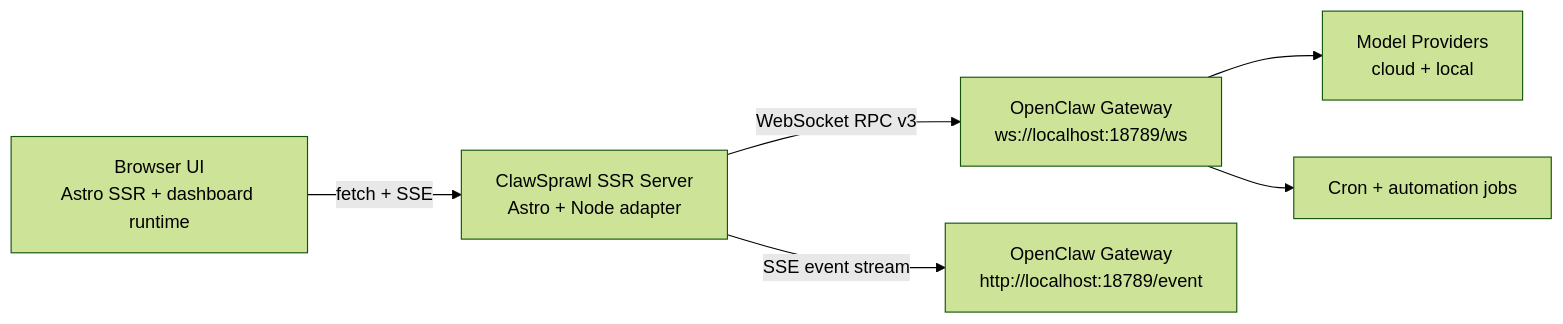
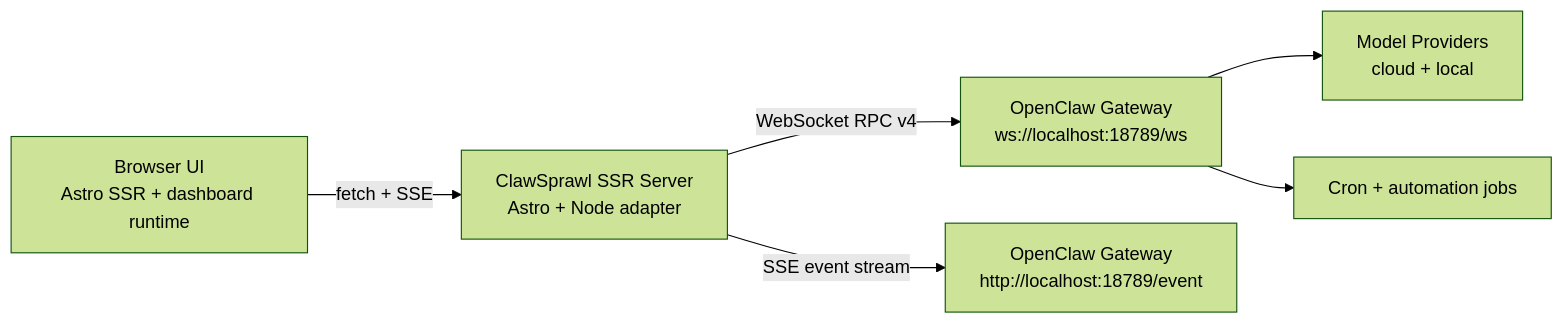
Before and after one commit to johndotpub/clawsprawl: the first of 2 diagrams in docs/architecture-overview.md, drawn with Mermaid (forest theme). The commit also changed 4 other files, not shown here.

First line of the commit message:
docs: update for astro 7 + OpenClaw v2026.6/7 capability audit

````diff
--- a/docs/architecture-overview.md
+++ b/docs/architecture-overview.md
@@ -9,8 +9,9 @@
 ```mermaid
 flowchart LR
   Browser[Browser UI\nAstro SSR + dashboard runtime] -->|fetch + SSE| Server[ClawSprawl SSR Server\nAstro + Node adapter]
-  Server -->|WebSocket RPC v3| Gateway[OpenClaw Gateway\nws://localhost:18789/ws]
+  Server -->|WebSocket RPC v4| Gateway[OpenClaw Gateway
+ws://localhost:18789/ws]
   Server -->|SSE event stream| Gateway2[OpenClaw Gateway\nhttp://localhost:18789/event]
   Gateway --> Models[Model Providers\ncloud + local]
   Gateway --> Cron[Cron + automation jobs]
 ```
````
